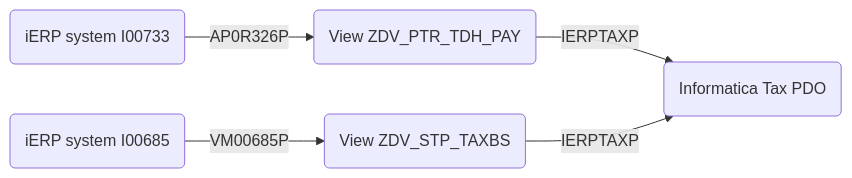
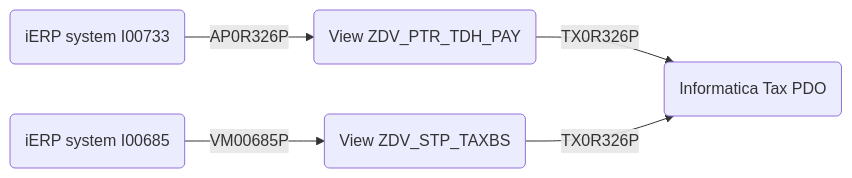
One commit to adorn4711/hello-world changed the second of 3 diagrams in users.MD. Above: the diagram before and after it, drawn with Mermaid. The commit also changed other lines of this file, not shown here.

````diff
--- a/users.MD
+++ b/users.MD
@@ -36,7 +38,7 @@
 ```mermaid
 flowchart LR
     I00733(iERP system I00733)--AP0R326P -->ViewI00733( View ZDV_PTR_TDH_PAY)
-    ViewI00733-- IERPTAXP -->IICS(Informatica Tax PDO)
+    ViewI00733-- TX0R326P -->IICS(Informatica Tax PDO)
     I00685(iERP system I00685)--VM00685P -->ViewI00685(View ZDV_STP_TAXBS)
-    ViewI00685-- IERPTAXP -->IICS
+    ViewI00685-- TX0R326P -->IICS
 ```    
````
